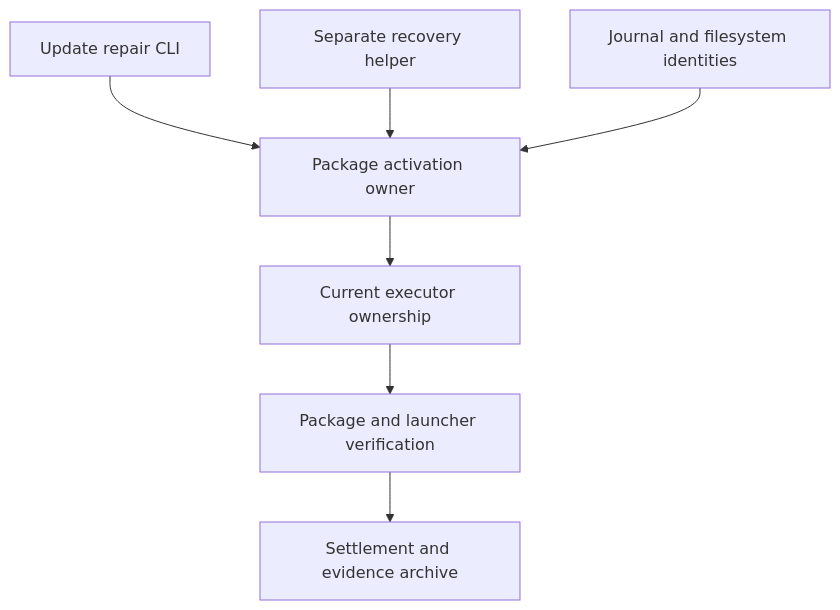
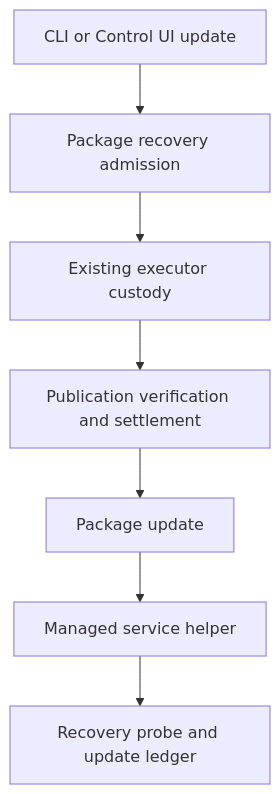
Before and after one commit to miguelbranco80/openclaw-bug-origins: the diagram in fix-origins/clawsweeper/bundles/0247.full.md, drawn with Mermaid. The commit also changed other lines of this file and 6464 other files, not shown here.

````diff
--- a/fix-origins/clawsweeper/bundles/0247.full.md
+++ b/fix-origins/clawsweeper/bundles/0247.full.md
@@ -55,9 +55,9 @@
 ```mermaid
 flowchart TD
-  A[Update repair CLI] --> C[Package activation owner]
-  B[Separate recovery helper] --> C
-  D[Journal and filesystem identities] --> C
-  C --> E[Current executor ownership]
-  E --> F[Package and launcher verification]
-  F --> G[Settlement and evidence archive]
+A[CLI or Control UI update] --> B[Package recovery admission]
+B --> C[Existing executor custody]
+C --> D[Publication verification and settlement]
+D --> E[Package update]
+E --> F[Managed service helper]
+F --> G[Recovery probe and update ledger]
 ```
````
